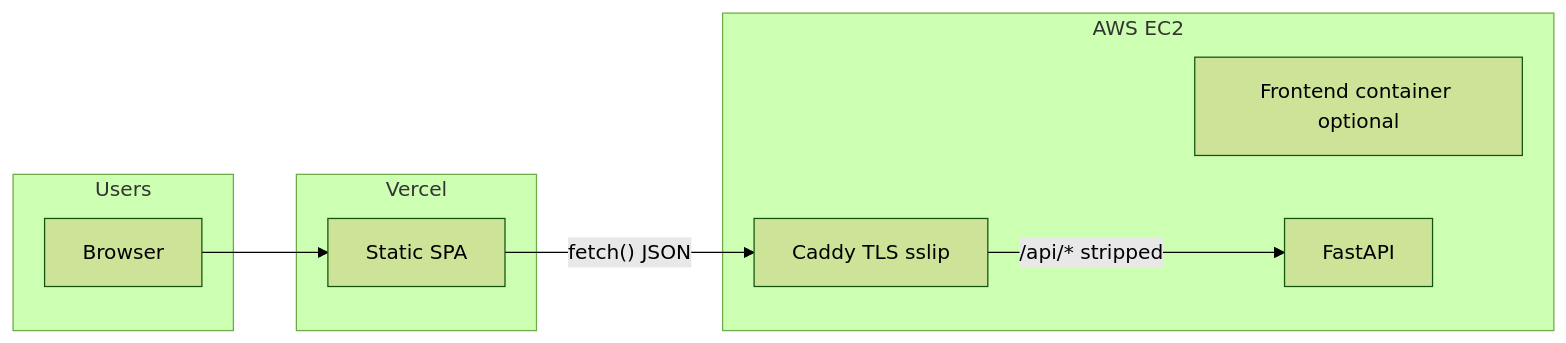
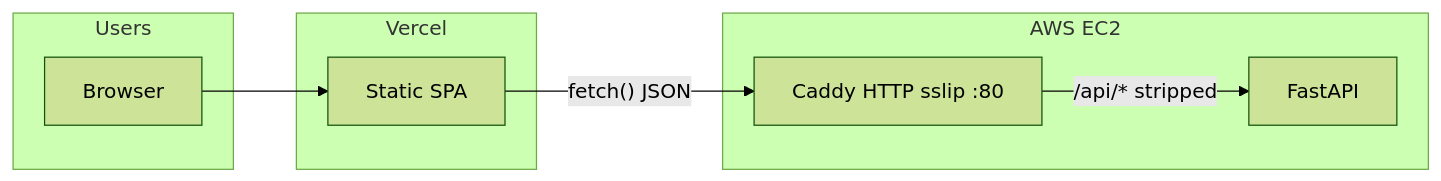
Before and after one commit to timothy-choi/cloud-networking-studio: the diagram in docs/CICD_DEPLOYMENT.md, drawn with Mermaid (forest theme). The commit also changed other lines of this file and 3 other files, not shown here.

````diff
--- a/docs/CICD_DEPLOYMENT.md
+++ b/docs/CICD_DEPLOYMENT.md
@@ -11,17 +18,16 @@
 ```mermaid
 flowchart LR
   subgraph users [Users]
     B[Browser]
   end
   subgraph vercel [Vercel]
     UI[Static SPA]
   end
   subgraph aws [AWS EC2]
-    C[Caddy TLS sslip]
-    F[Frontend container optional]
+    C[Caddy HTTP sslip :80]
     A[FastAPI]
   end
   B --> UI
   UI -->|"fetch() JSON"| C
   C -->|"/api/* stripped"| A
 ```
````
